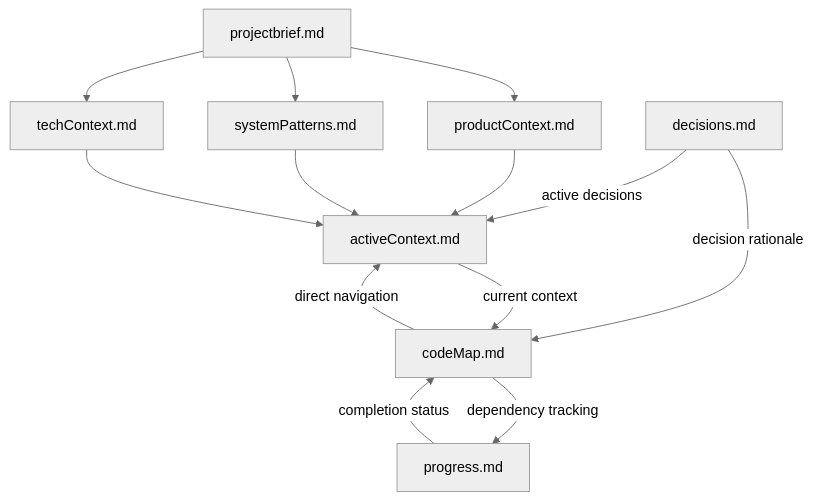
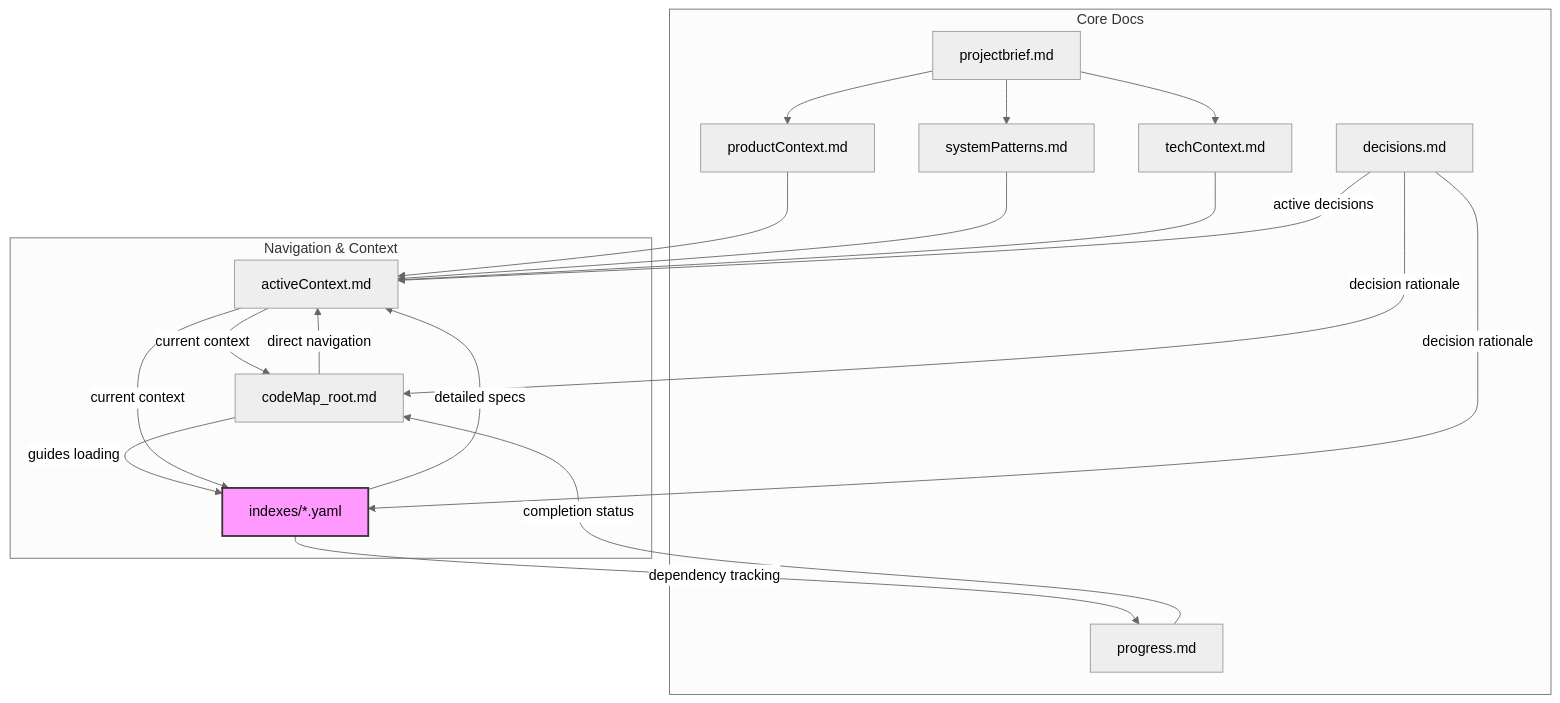
The first of 7 diagrams in Prompts/Cursor/memory-bank-with-filetree-prompt.md (freezscholte/AI-Codex), drawn with Mermaid (neutral theme) before and after one commit. The commit also changed other lines of this file, not shown here.

````diff
--- a/Prompts/Cursor/memory-bank-with-filetree-prompt.md
+++ b/Prompts/Cursor/memory-bank-with-filetree-prompt.md
@@ -26,19 +28,40 @@
 ```mermaid
 flowchart TD
-    PB[projectbrief.md] --> PC[productContext.md]
-    PB --> SP[systemPatterns.md]
-    PB --> TC[techContext.md]
-    
-    PC --> AC[activeContext.md]
+    subgraph Core Docs
+        PB[projectbrief.md]
+        PC[productContext.md]
+        SP[systemPatterns.md]
+        TC[techContext.md]
+        P[progress.md]
+        DEC[decisions.md]
+    end
+
+    subgraph Navigation & Context
+        CMR[codeMap_root.md]
+        IDX[indexes/*.yaml]
+        AC[activeContext.md]
+    end
+
+    PB --> PC
+    PB --> SP
+    PB --> TC
+
+    PC --> AC
     SP --> AC
     TC --> AC
-    
-    CM[codeMap.md] -- "direct navigation" --> AC
-    CM -- "dependency tracking" --> P[progress.md]
-    
-    AC -- "current context" --> CM
-    P -- "completion status" --> CM
-    
-    DEC[decisions.md] -- "decision rationale" --> CM
     DEC -- "active decisions" --> AC
+
+    CMR -- "direct navigation" --> AC
+    CMR -- "guides loading" --> IDX
+    IDX -- "detailed specs" --> AC
+    IDX -- "dependency tracking" --> P
+
+    AC -- "current context" --> CMR
+    AC -- "current context" --> IDX
+    P -- "completion status" --> CMR
+
+    DEC -- "decision rationale" --> CMR
+    DEC -- "decision rationale" --> IDX
+
+    style IDX fill:#f9f,stroke:#333,stroke-width:2px
 ```
````
